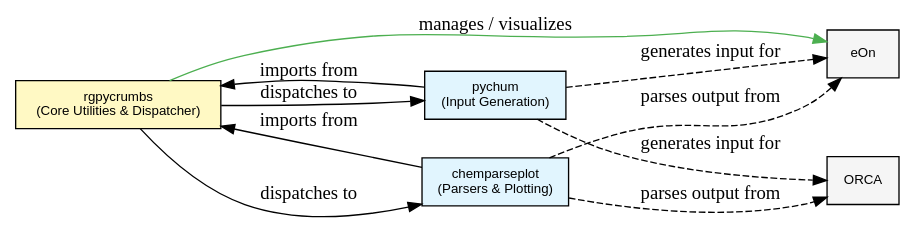
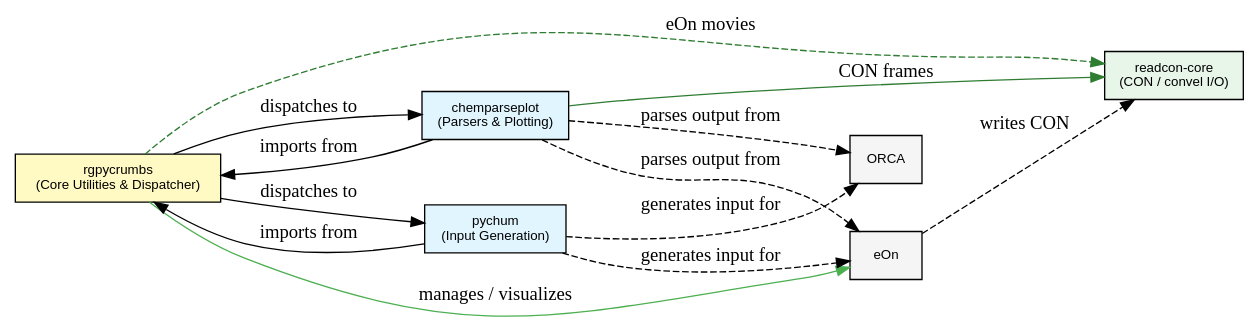
Before and after one commit to HaoZeke/rgpycrumbs: the diagram in docs/orgmode/index.org, drawn with Graphviz. The commit also changed 5 other files, not shown here.

First line of the commit message:
docs: link readcon-core in ecosystem nav and suite architecture

```diff
--- a/docs/orgmode/index.org
+++ b/docs/orgmode/index.org
@@ -30,30 +30,34 @@
 #+begin_src dot :file ecosystem.svg :exports results
 digraph G {
     rankdir=LR;
     node [shape=box, style=filled, fontname="Helvetica", fontsize=10];
     compound=true;
 
     // Nodes
     rgpycrumbs [label="rgpycrumbs\n(Core Utilities & Dispatcher)", fillcolor="#fff9c4"];
     pychum [label="pychum\n(Input Generation)", fillcolor="#e1f5fe"];
     chemparseplot [label="chemparseplot\n(Parsers & Plotting)", fillcolor="#e1f5fe"];
+    readcon [label="readcon-core\n(CON / convel I/O)", fillcolor="#e8f5e9", URL="https://github.com/lode-org/readcon-core"];
 
     eon [label="eOn", fillcolor="#f5f5f5"];
     orca [label="ORCA", fillcolor="#f5f5f5"];
 
     // Dependencies and Usage
     rgpycrumbs -> pychum [label="dispatches to"];
     rgpycrumbs -> chemparseplot [label="dispatches to"];
 
     chemparseplot -> rgpycrumbs [label="imports from"];
     pychum -> rgpycrumbs [label="imports from"];
+    chemparseplot -> readcon [label="CON frames", color="#2e7d32"];
+    rgpycrumbs -> readcon [label="eOn movies", color="#2e7d32", style=dashed];
 
     pychum -> eon [label="generates input for", style=dashed];
     pychum -> orca [label="generates input for", style=dashed];
 
     chemparseplot -> eon [label="parses output from", style=dashed];
     chemparseplot -> orca [label="parses output from", style=dashed];
+    eon -> readcon [label="writes CON", style=dashed];
 
     rgpycrumbs -> eon [label="manages / visualizes", color="#4caf50"];
 }
 #+end_src
```
